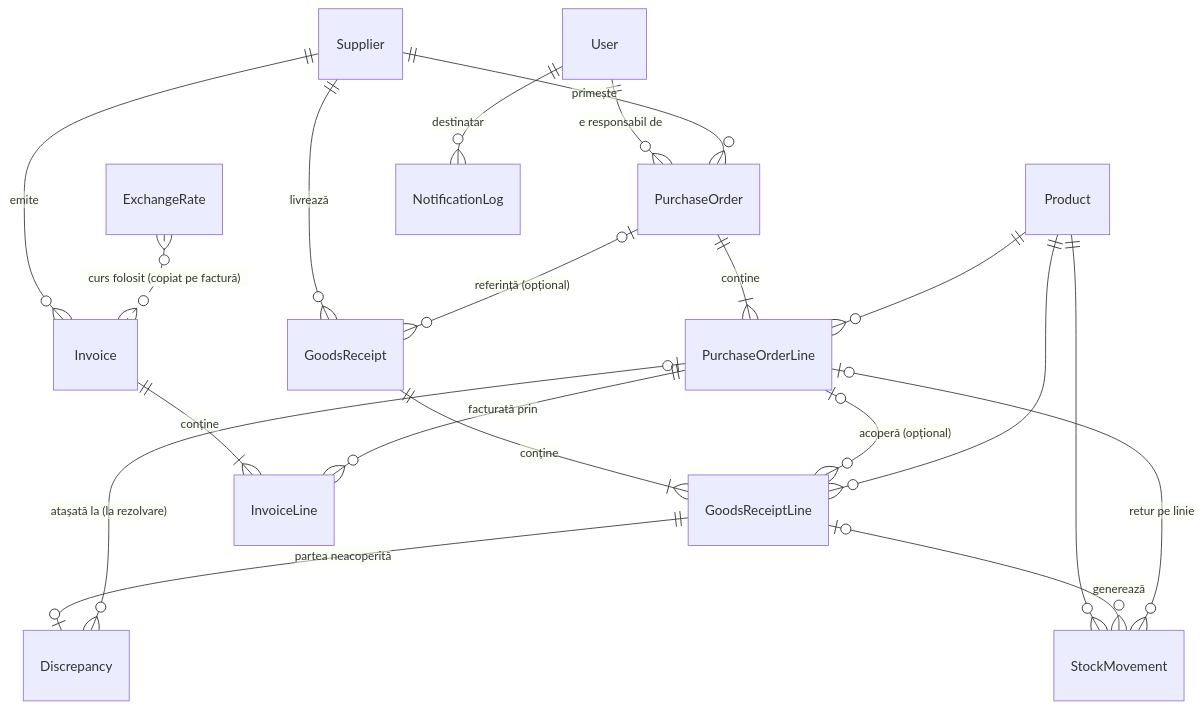
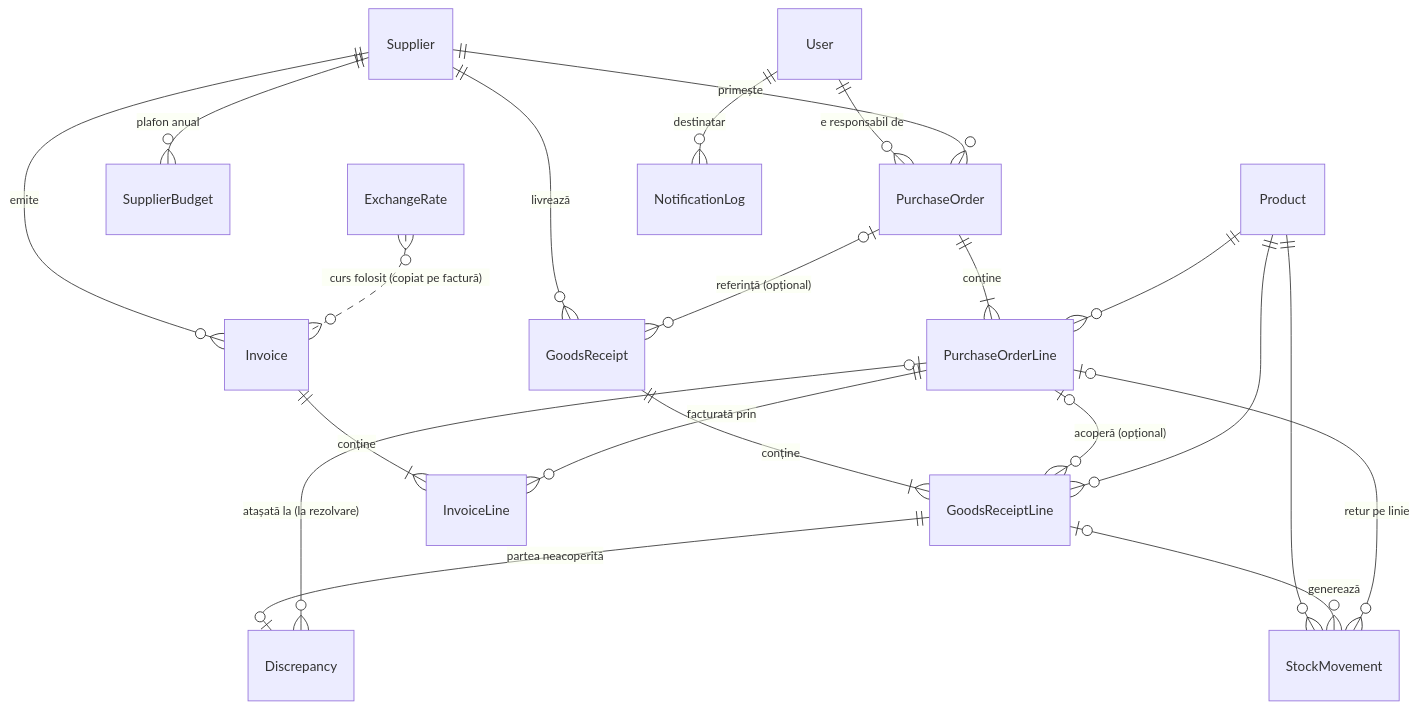
The diagram in docs/02-model-date.md (ionutdinica/ruris-flux-aprovizionare), drawn with Mermaid before and after one commit. The commit also changed other lines of this file and 23 other files, not shown here.

````diff
--- a/docs/02-model-date.md
+++ b/docs/02-model-date.md
@@ -16,28 +16,29 @@
 ```mermaid
 erDiagram
     User ||--o{ PurchaseOrder : "e responsabil de"
     Supplier ||--o{ PurchaseOrder : "primește"
     Supplier ||--o{ GoodsReceipt : "livrează"
     Supplier ||--o{ Invoice : "emite"
+    Supplier ||--o{ SupplierBudget : "plafon anual"
 
     PurchaseOrder ||--|{ PurchaseOrderLine : "conține"
     Product ||--o{ PurchaseOrderLine : ""
 
     GoodsReceipt ||--|{ GoodsReceiptLine : "conține"
     PurchaseOrder |o--o{ GoodsReceipt : "referință (opțional)"
     PurchaseOrderLine |o--o{ GoodsReceiptLine : "acoperă (opțional)"
     Product ||--o{ GoodsReceiptLine : ""
 
     GoodsReceiptLine ||--o| Discrepancy : "partea neacoperită"
     Discrepancy }o--o| PurchaseOrderLine : "atașată la (la rezolvare)"
 
     Invoice ||--|{ InvoiceLine : "conține"
     PurchaseOrderLine ||--o{ InvoiceLine : "facturată prin"
 
     Product ||--o{ StockMovement : ""
     GoodsReceiptLine |o--o{ StockMovement : "generează"
     PurchaseOrderLine |o--o{ StockMovement : "retur pe linie"
 
     ExchangeRate }o..o{ Invoice : "curs folosit (copiat pe factură)"
     User ||--o{ NotificationLog : "destinatar"
 ```
````
